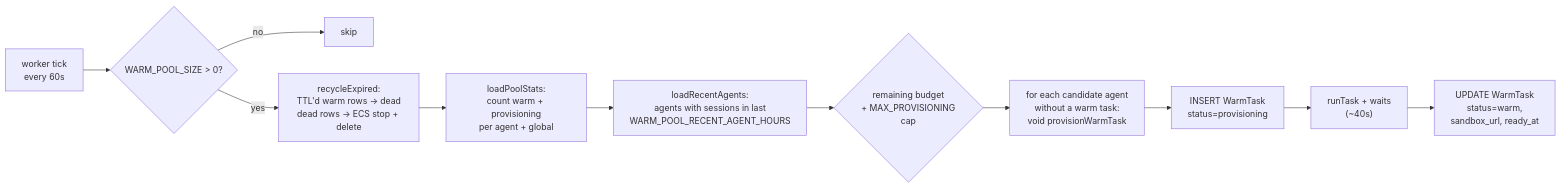
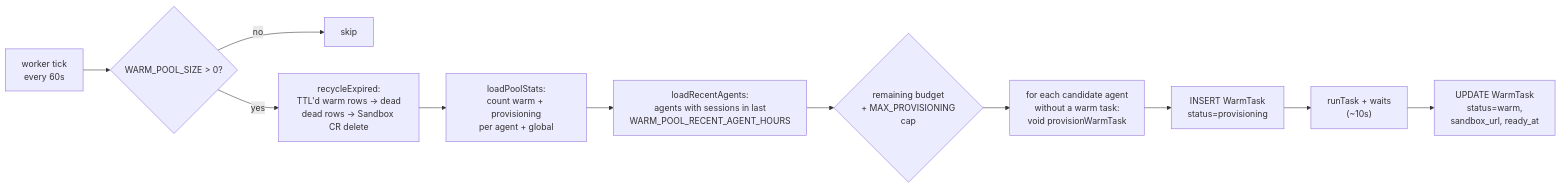
One commit to BerriAI/litellm-agent-platform changed the third of 3 diagrams in src/server/warmPool/README.md. Above: the diagram before and after it, drawn with Mermaid. The commit also changed other lines of this file and 29 other files, not shown here.

````diff
--- a/src/server/warmPool/README.md
+++ b/src/server/warmPool/README.md
@@ -97,13 +99,13 @@
 ```mermaid
 flowchart LR
     A[worker tick<br/>every 60s] --> B{WARM_POOL_SIZE > 0?}
     B -- no --> Z[skip]
-    B -- yes --> C[recycleExpired:<br/>TTL'd warm rows → dead<br/>dead rows → ECS stop + delete]
+    B -- yes --> C[recycleExpired:<br/>TTL'd warm rows → dead<br/>dead rows → Sandbox CR delete]
     C --> D["loadPoolStats:<br/>count warm + provisioning<br/>per agent + global"]
     D --> E["loadRecentAgents:<br/>agents with sessions in last<br/>WARM_POOL_RECENT_AGENT_HOURS"]
     E --> F{remaining budget<br/>+ MAX_PROVISIONING<br/>cap}
     F --> G["for each candidate agent<br/>without a warm task:<br/>void provisionWarmTask"]
     G --> H["INSERT WarmTask<br/>status=provisioning"]
-    H --> I["runTask + waits<br/>(~40s)"]
+    H --> I["runTask + waits<br/>(~10s)"]
     I --> J["UPDATE WarmTask<br/>status=warm,<br/>sandbox_url, ready_at"]
 ```
````
